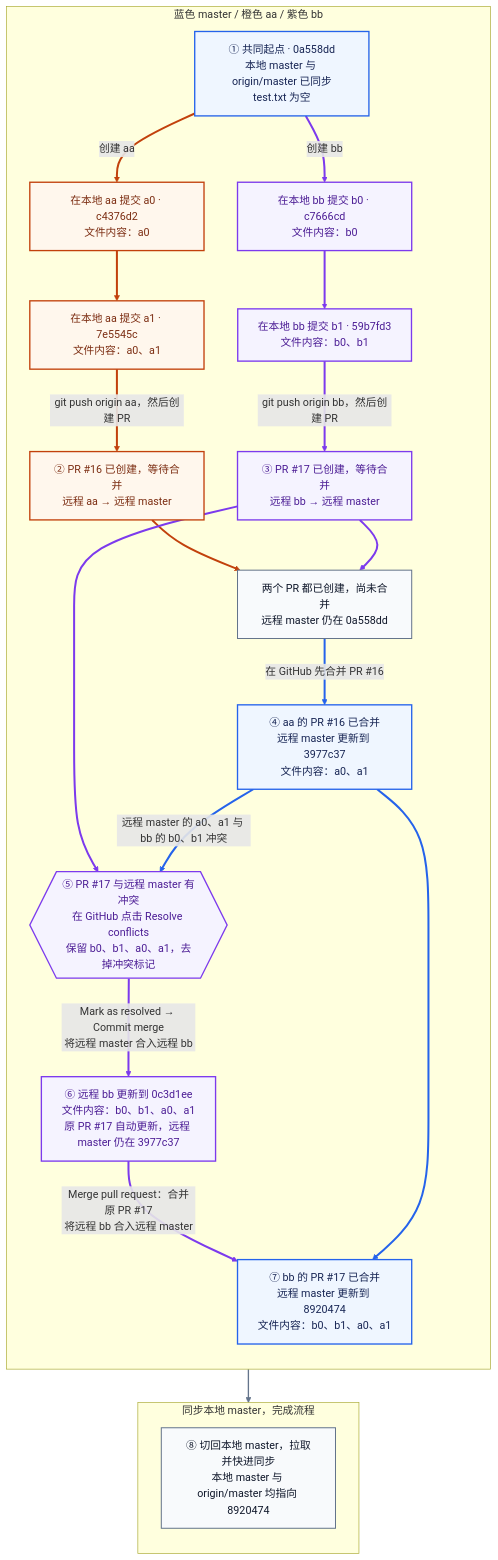
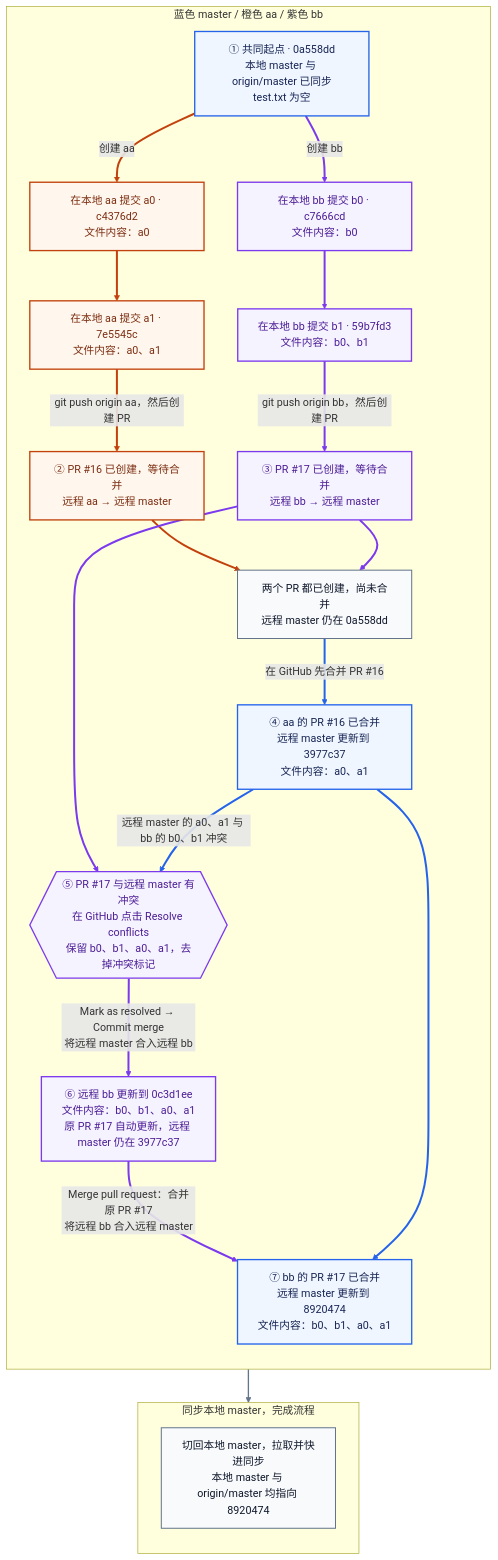
The diagram in git-team-workflow-github-conflicts.md (dcdmm/Script), drawn with Mermaid before and after one commit. The commit also changed other lines of this file and 2 other files, not shown here.

Commit message:
好困好困

````diff
--- a/git-team-workflow-github-conflicts.md
+++ b/git-team-workflow-github-conflicts.md
@@ -1,55 +1,55 @@
 ```mermaid
 flowchart TD
     subgraph WORK["蓝色 master / 橙色 aa / 紫色 bb"]
         direction TD
 
         O["① 共同起点 · 0a558dd<br/>本地 master 与 origin/master 已同步<br/>test.txt 为空"]
         A0["在本地 aa 提交 a0 · c4376d2<br/>文件内容：a0"]
         A1["在本地 aa 提交 a1 · 7e5545c<br/>文件内容：a0、a1"]
         PA["② PR #16 已创建，等待合并<br/>远程 aa → 远程 master"]
         B0["在本地 bb 提交 b0 · c7666cd<br/>文件内容：b0"]
         B1["在本地 bb 提交 b1 · 59b7fd3<br/>文件内容：b0、b1"]
         PB["③ PR #17 已创建，等待合并<br/>远程 bb → 远程 master"]
         READY["两个 PR 都已创建，尚未合并<br/>远程 master 仍在 0a558dd"]
         P16["④ aa 的 PR #16 已合并<br/>远程 master 更新到 3977c37<br/>文件内容：a0、a1"]
         X{{"⑤ PR #17 与远程 master 有冲突<br/>在 GitHub 点击 Resolve conflicts<br/>保留 b0、b1、a0、a1，去掉冲突标记"}}
         M["⑥ 远程 bb 更新到 0c3d1ee<br/>文件内容：b0、b1、a0、a1<br/>原 PR #17 自动更新，远程 master 仍在 3977c37"]
         P17["⑦ bb 的 PR #17 已合并<br/>远程 master 更新到 8920474<br/>文件内容：b0、b1、a0、a1"]
     end
 
     subgraph FINISH["同步本地 master，完成流程"]
         direction TD
-        S["⑧ 切回本地 master，拉取并快进同步<br/>本地 master 与 origin/master 均指向 8920474"]
+        S["切回本地 master，拉取并快进同步<br/>本地 master 与 origin/master 均指向 8920474"]
     end
 
     O -->|"创建 aa"| A0
     A0 --> A1
     A1 -->|"git push origin aa，然后创建 PR"| PA
     O -->|"创建 bb"| B0
     B0 --> B1
     B1 -->|"git push origin bb，然后创建 PR"| PB
     PA --> READY
     PB --> READY
     READY -->|"在 GitHub 先合并 PR #16"| P16
     PB --> X
     P16 -->|"远程 master 的 a0、a1 与 bb 的 b0、b1 冲突"| X
     X -->|"Mark as resolved → Commit merge<br/>将远程 master 合入远程 bb"| M
     M -->|"Merge pull request：合并原 PR #17<br/>将远程 bb 合入远程 master"| P17
     P16 --> P17
     P17 --> S
 
     classDef mainNode fill:#eff6ff,stroke:#2563eb,color:#172554,stroke-width:2px;
     classDef aaNode fill:#fff7ed,stroke:#c2410c,color:#7c2d12,stroke-width:2px;
     classDef bbNode fill:#f5f3ff,stroke:#7c3aed,color:#4c1d95,stroke-width:2px;
     classDef actionNode fill:#f8fafc,stroke:#64748b,color:#0f172a,stroke-width:1.5px;
 
     class O,P16,P17 mainNode;
     class A0,A1,PA aaNode;
     class B0,B1,PB,X,M bbNode;
     class READY,S actionNode;
 
     linkStyle 0,1,2,6 stroke:#c2410c,stroke-width:3px;
     linkStyle 3,4,5,7,9,11,12 stroke:#7c3aed,stroke-width:3px;
     linkStyle 8,10,13 stroke:#2563eb,stroke-width:3px;
     linkStyle 14 stroke:#64748b,stroke-width:2px;
 ```
````
